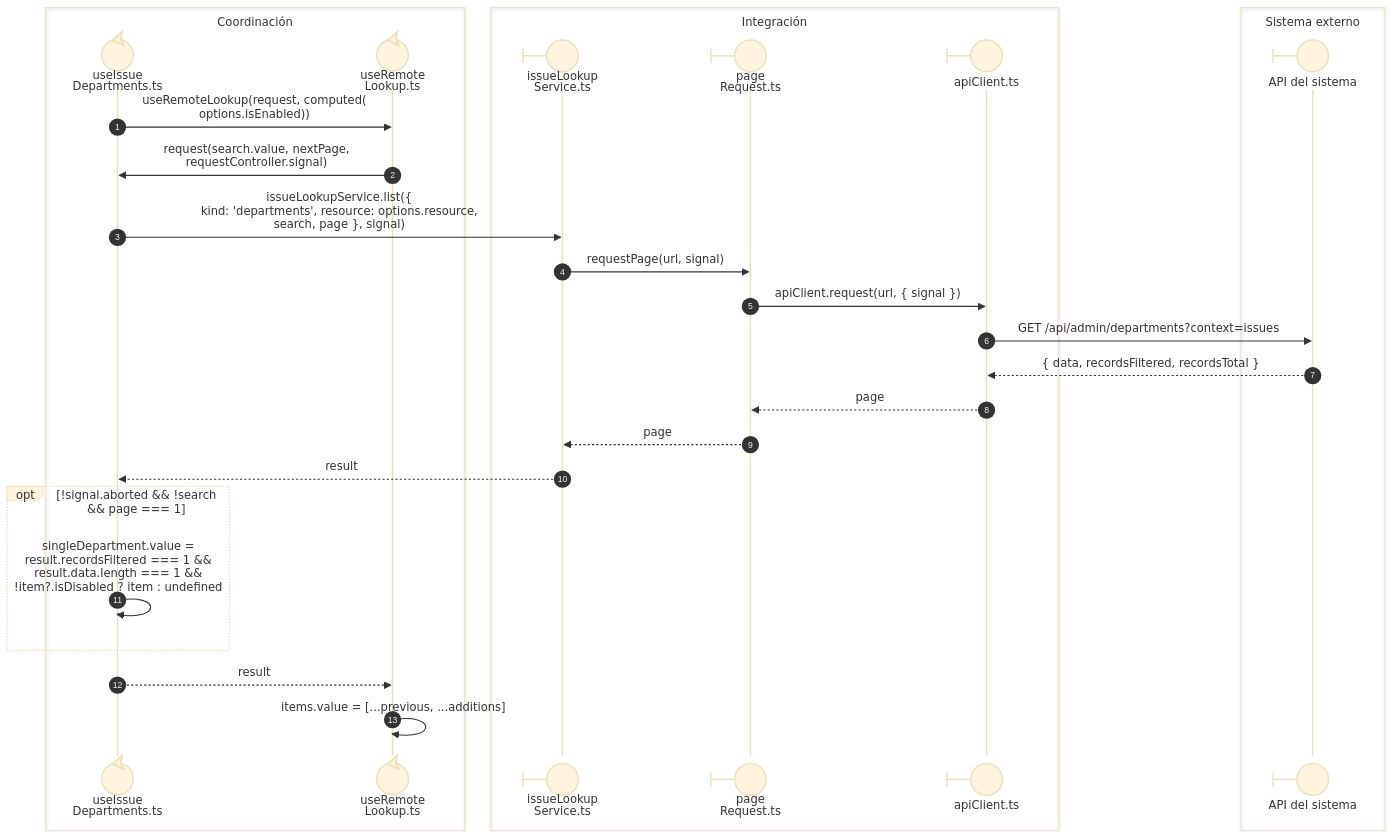
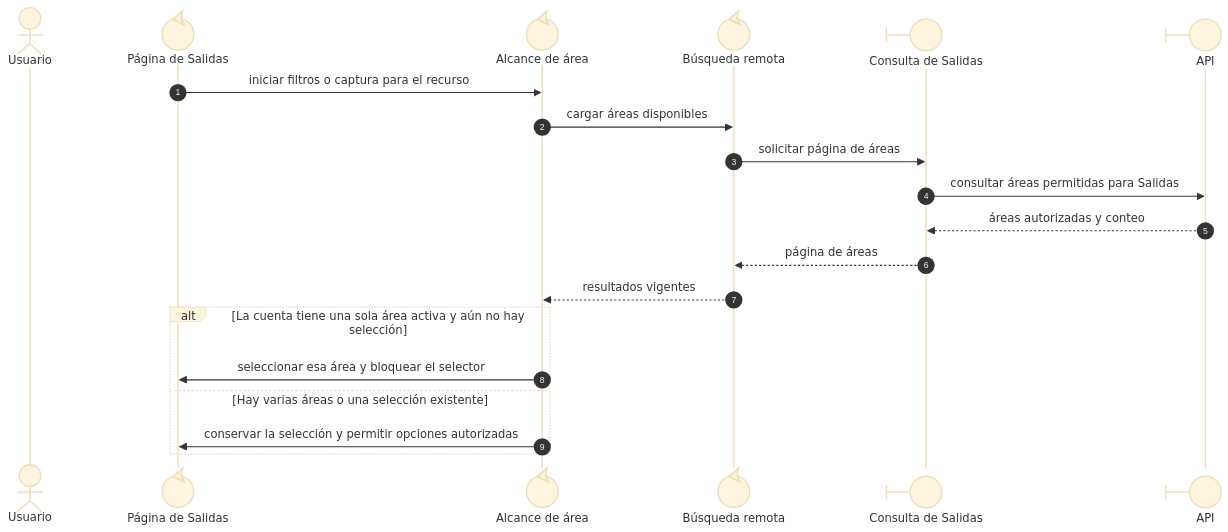
One commit to gpgsistemas01/nexus changed the first of 2 diagrams in front/docs/architecture/views/processes/07-issues/04-department-scope.md. Above: the diagram before and after it, drawn with Mermaid (base theme). The commit also changed other lines of this file and 135 other files, not shown here.

Commit message:
docs: align architecture and requirements diagrams

````diff
--- a/front/docs/architecture/views/processes/07-issues/04-department-scope.md
+++ b/front/docs/architecture/views/processes/07-issues/04-department-scope.md
@@ -9,31 +10,22 @@
 ```mermaid
 sequenceDiagram
     autonumber
-    box Coordinación
-    participant Scope@{ "type": "control" } as useIssue<br/>Departments.ts
-    participant Lookup@{ "type": "control" } as useRemote<br/>Lookup.ts
+    actor Usuario
+    participant Page@{ "type": "control" } as Página de Salidas
+    participant Scope@{ "type": "control" } as Alcance de área
+    participant Lookup@{ "type": "control" } as Búsqueda remota
+    participant Service@{ "type": "boundary" } as Consulta de Salidas
+    participant API@{ "type": "boundary" } as API
+    Page->>Scope: iniciar filtros o captura para el recurso
+    Scope->>Lookup: cargar áreas disponibles
+    Lookup->>Service: solicitar página de áreas
+    Service->>API: consultar áreas permitidas para Salidas
+    API-->>Service: áreas autorizadas y conteo
+    Service-->>Lookup: página de áreas
+    Lookup-->>Scope: resultados vigentes
+    alt La cuenta tiene una sola área activa y aún no hay selección
+        Scope->>Page: seleccionar esa área y bloquear el selector
+    else Hay varias áreas o una selección existente
+        Scope->>Page: conservar la selección y permitir opciones autorizadas
     end
-    box Integración
-    participant Service@{ "type": "boundary" } as issueLookup<br/>Service.ts
-    participant Paged@{ "type": "boundary" } as page<br/>Request.ts
-    participant HTTP@{ "type": "boundary" } as apiClient.ts
-    end
-    box Sistema externo
-    participant API@{ "type": "boundary" } as API del sistema
-    end
-    Scope->>Lookup: nowrap: useRemoteLookup(request, computed(<br/>options.isEnabled))
-    Lookup->>Scope: nowrap: request(search.value, nextPage,<br/>requestController.signal)
-    Scope->>Service: nowrap: issueLookupService.list({<br/>kind: 'departments', resource: options.resource,<br/>search, page }, signal)
-    Service->>Paged: nowrap: requestPage(url, signal)
-    Paged->>HTTP: nowrap: apiClient.request(url, { signal })
-    HTTP->>API: nowrap: GET /api/admin/departments?context=issues
-    API-->>HTTP: nowrap: { data, recordsFiltered, recordsTotal }
-    HTTP-->>Paged: nowrap: page
-    Paged-->>Service: nowrap: page
-    Service-->>Scope: nowrap: result
-    opt nowrap: !signal.aborted && !search && page === 1
-        Scope->>Scope: nowrap: singleDepartment.value =<br/>result.recordsFiltered === 1 &&<br/>result.data.length === 1 &&<br/>!item?.isDisabled ? item : undefined
-    end
-    Scope-->>Lookup: nowrap: result
-    Lookup->>Lookup: nowrap: items.value = [...previous, ...additions]
 ```
````
